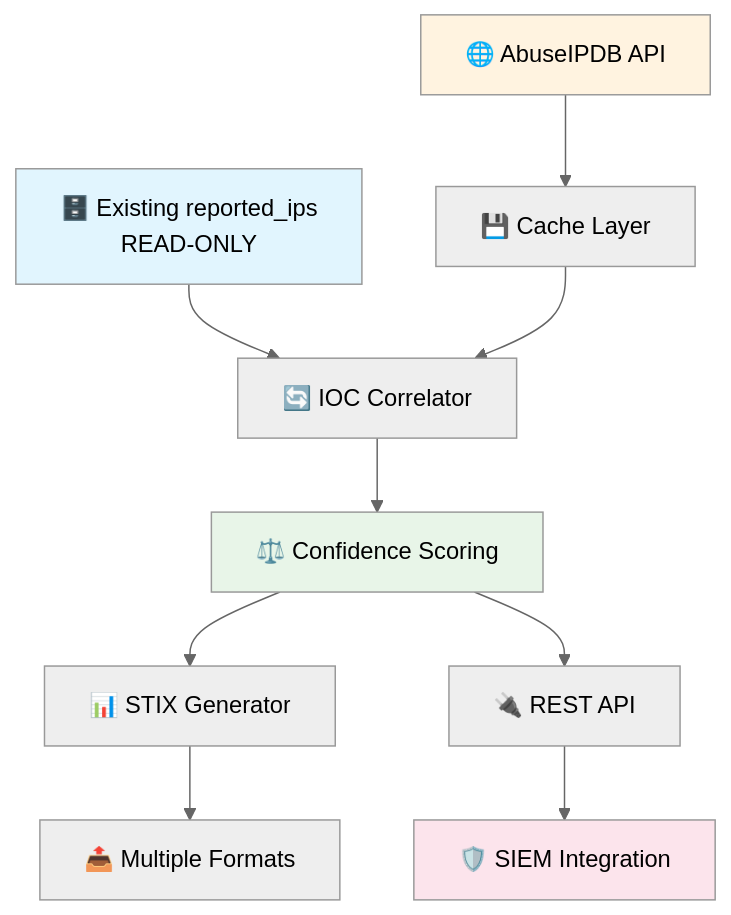
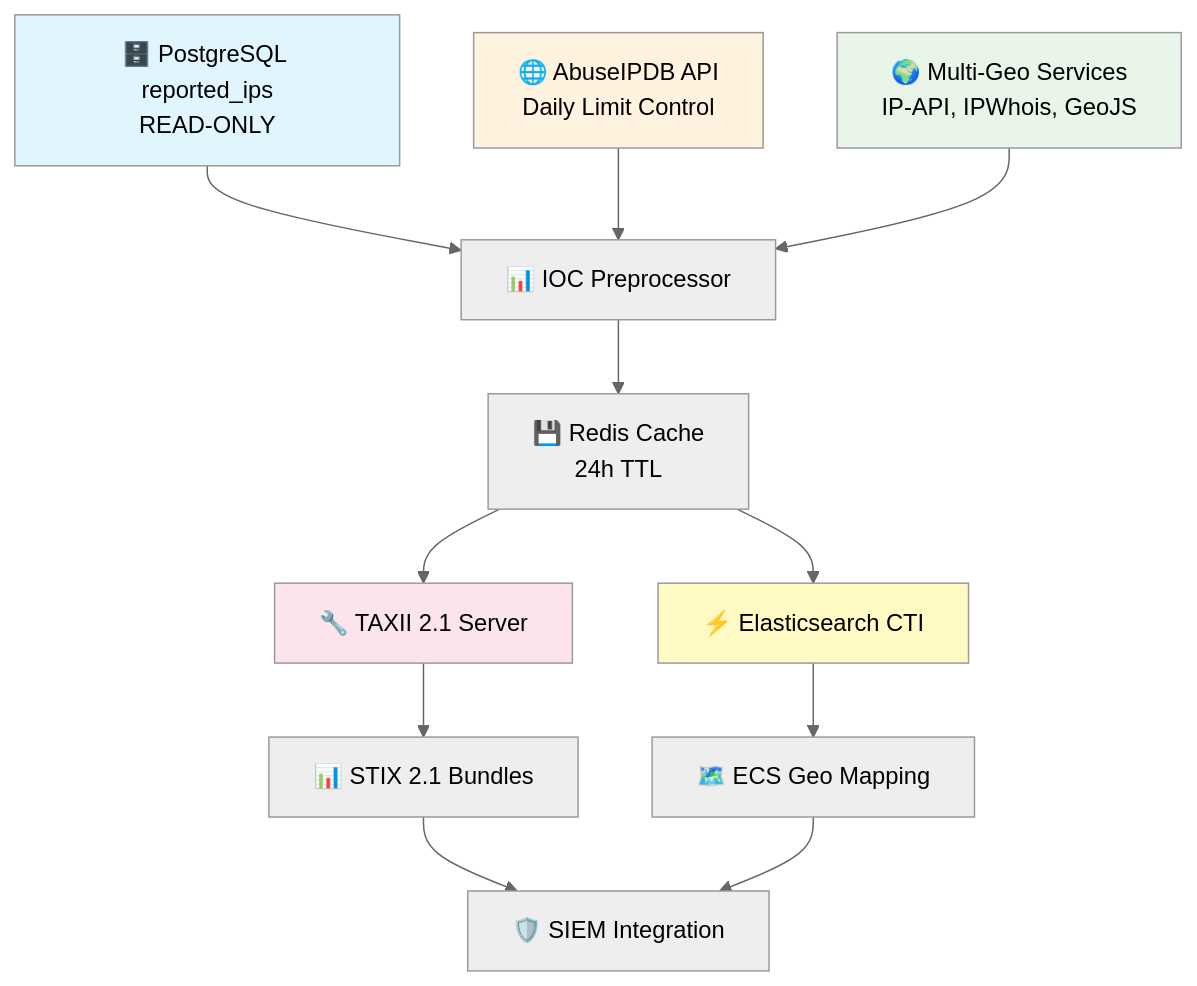
The diagram in README.md (JuanVilla424/abuseipdb-ioc), drawn with Mermaid (neutral theme) before and after one commit. The commit also changed other lines of this file and 3 other files, not shown here.

Commit message:
🐛 fix(core): fixed abuseipdb integration to ioc pipeline [patch candidate]

````diff
--- a/README.md
+++ b/README.md
@@ -70,16 +87,19 @@
 ```mermaid
 graph TB
-    A[🗄️ Existing reported_ips<br/>READ-ONLY] --> B[🔄 IOC Correlator]
-    C[🌐 AbuseIPDB API] --> D[💾 Cache Layer]
-    D --> B
-    B --> E[⚖️ Confidence Scoring]
-    E --> F[📊 STIX Generator]
-    E --> G[🔌 REST API]
-    F --> H[📤 Multiple Formats]
-    G --> I[🛡️ SIEM Integration]
+    A[🗄️ PostgreSQL reported_ips<br/>READ-ONLY] --> B[📊 IOC Preprocessor]
+    C[🌐 AbuseIPDB API<br/>Daily Limit Control] --> B
+    D[🌍 Multi-Geo Services<br/>IP-API, IPWhois, GeoJS] --> B
+    B --> E[💾 Redis Cache<br/>24h TTL]
+    E --> F[🔧 TAXII 2.1 Server]
+    E --> G[⚡ Elasticsearch CTI]
+    F --> H[📊 STIX 2.1 Bundles]
+    G --> I[🗺️ ECS Geo Mapping]
+    H --> J[🛡️ SIEM Integration]
+    I --> J
 
     style A fill:#e1f5fe
     style C fill:#fff3e0
-    style E fill:#e8f5e8
-    style I fill:#fce4ec
+    style D fill:#e8f5e8
+    style F fill:#fce4ec
+    style G fill:#fff9c4
 ```
````
